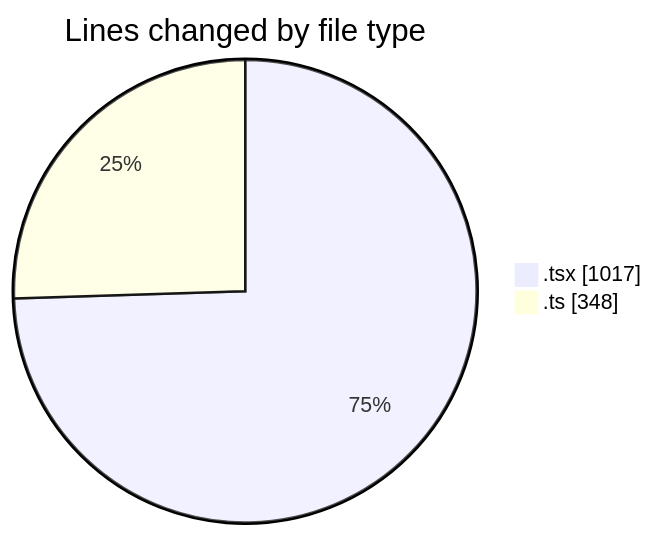
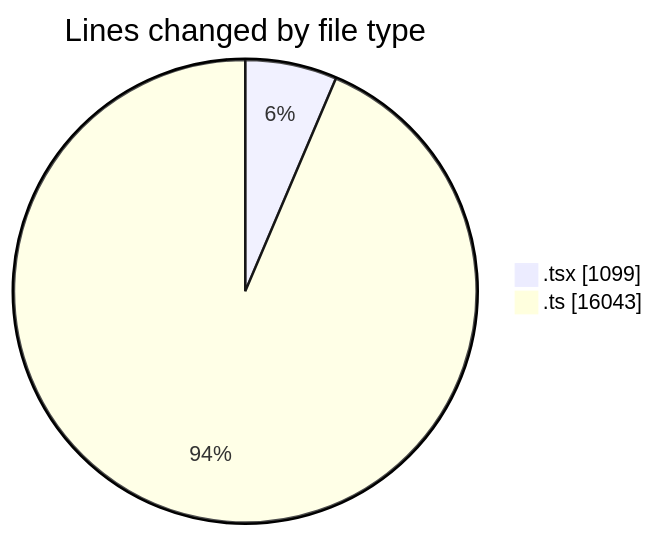
One commit to momahboobian/code-tracking changed the first of 2 diagrams in 2025-07-07/cda/README.md. Above: the diagram before and after it, drawn with Mermaid. The commit also changed other lines of this file and 1 other file, not shown here.

````diff
--- a/2025-07-07/cda/README.md
+++ b/2025-07-07/cda/README.md
@@ -23,6 +25,6 @@
 ```mermaid
 pie showData
 title Lines changed by file type
-".tsx" : 1017
-".ts" : 348
+".tsx" : 1099
+".ts" : 16043
 ```
````
